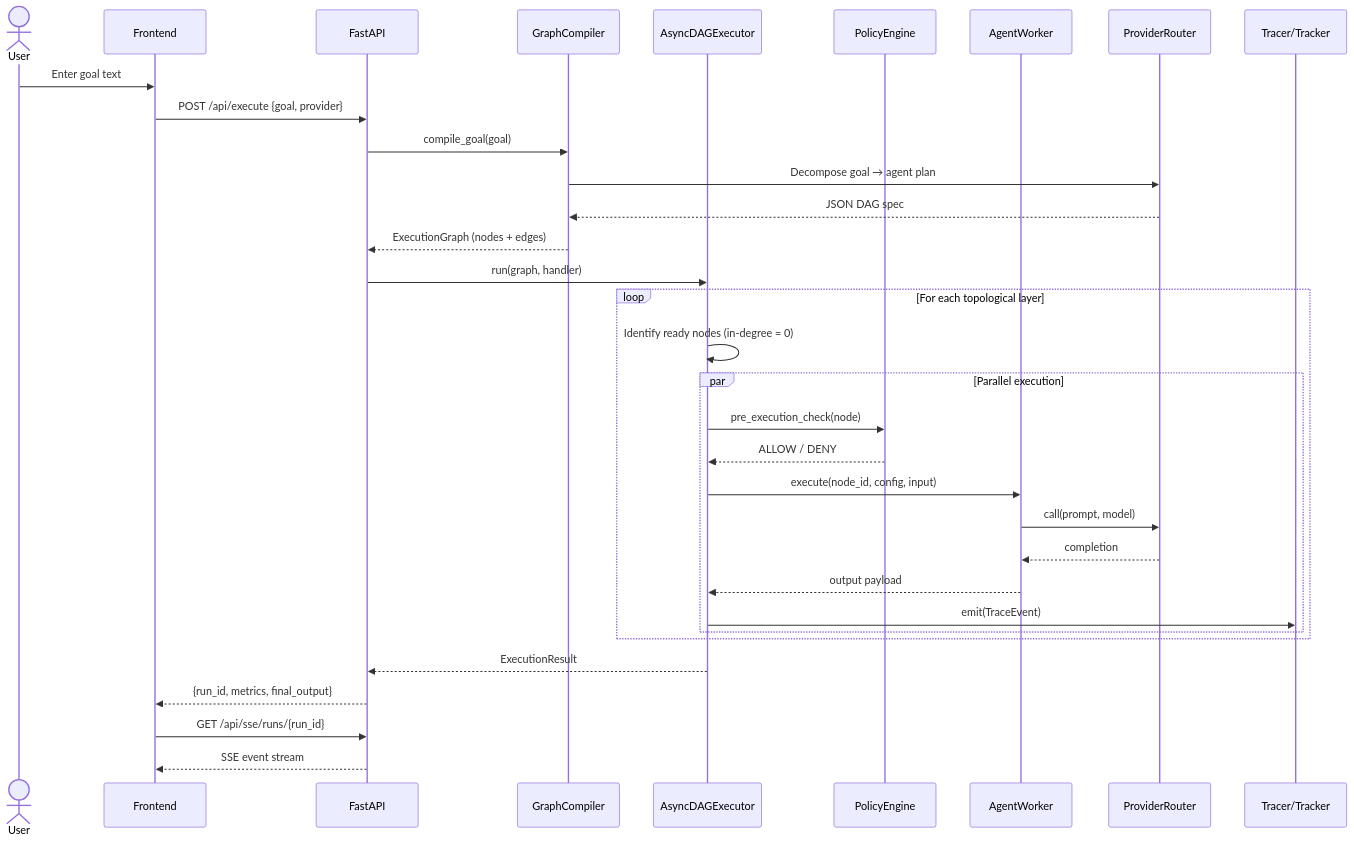
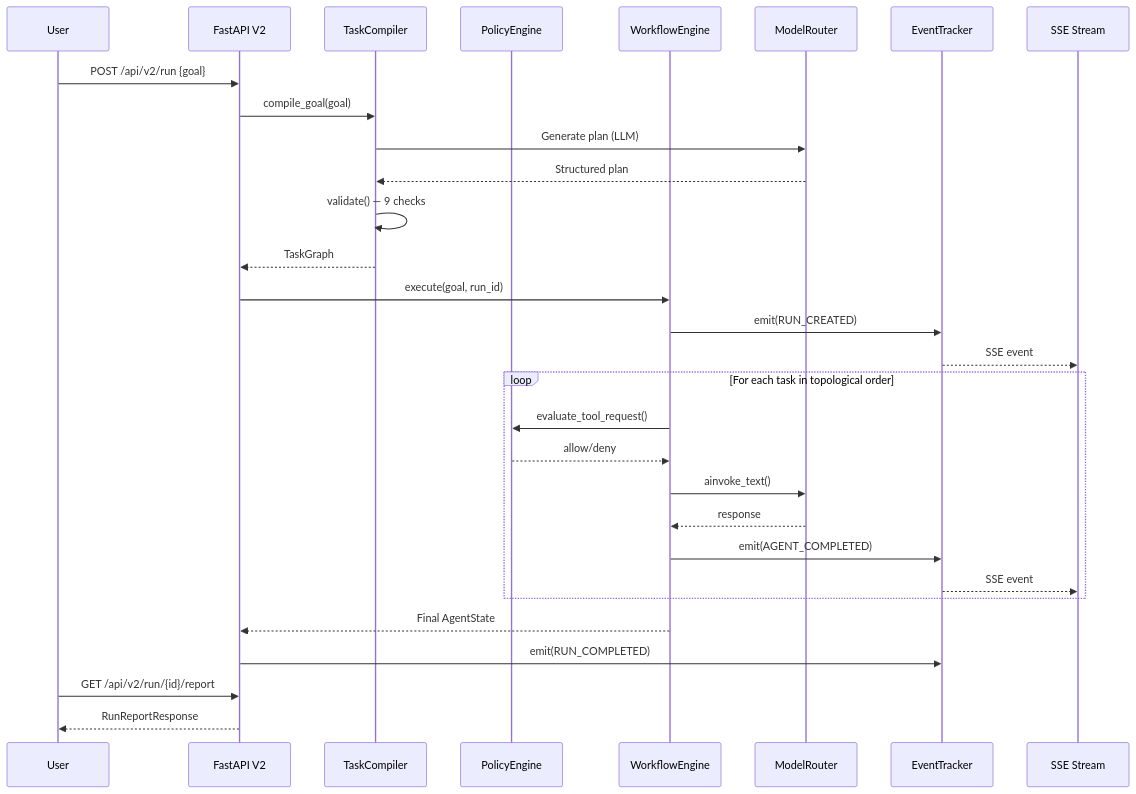
The second of 2 diagrams in docs/ARCHITECTURE.md (Zinat-Khan/CodeRush2.0-AllBlueInnovation), drawn with Mermaid before and after one commit. The commit also changed other lines of this file and 4 other files, not shown here.

Commit message:
refactor:architecture modification

````diff
--- a/docs/ARCHITECTURE.md
+++ b/docs/ARCHITECTURE.md
@@ -156,39 +140,35 @@
 ```mermaid
 sequenceDiagram
-    actor User
-    participant FE as Frontend
-    participant API as FastAPI
-    participant Compiler as GraphCompiler
-    participant Engine as AsyncDAGExecutor
-    participant Safety as PolicyEngine
-    participant Worker as AgentWorker
-    participant LLM as ProviderRouter
-    participant Obs as Tracer/Tracker
+    participant U as User
+    participant API as FastAPI V2
+    participant TC as TaskCompiler
+    participant PE as PolicyEngine
+    participant WE as WorkflowEngine
+    participant MR as ModelRouter
+    participant ET as EventTracker
+    participant SSE as SSE Stream
 
-    User->>FE: Enter goal text
-    FE->>API: POST /api/execute {goal, provider}
-    API->>Compiler: compile_goal(goal)
-    Compiler->>LLM: Decompose goal → agent plan
-    LLM-->>Compiler: JSON DAG spec
-    Compiler-->>API: ExecutionGraph (nodes + edges)
+    U->>API: POST /api/v2/run {goal}
+    API->>TC: compile_goal(goal)
+    TC->>MR: Generate plan (LLM)
+    MR-->>TC: Structured plan
+    TC->>TC: validate() — 9 checks
+    TC-->>API: TaskGraph
+    API->>WE: execute(goal, run_id)
+    WE->>ET: emit(RUN_CREATED)
+    ET-->>SSE: SSE event
 
-    API->>Engine: run(graph, handler)
-    
-    loop For each topological layer
-        Engine->>Engine: Identify ready nodes (in-degree = 0)
-        par Parallel execution
-            Engine->>Safety: pre_execution_check(node)
-            Safety-->>Engine: ALLOW / DENY
-            Engine->>Worker: execute(node_id, config, input)
-            Worker->>LLM: call(prompt, model)
-            LLM-->>Worker: completion
-            Worker-->>Engine: output payload
-            Engine->>Obs: emit(TraceEvent)
-        end
+    loop For each task in topological order
+        WE->>PE: evaluate_tool_request()
+        PE-->>WE: allow/deny
+        WE->>MR: ainvoke_text()
+        MR-->>WE: response
+        WE->>ET: emit(AGENT_COMPLETED)
+        ET-->>SSE: SSE event
     end
 
-    Engine-->>API: ExecutionResult
-    API-->>FE: {run_id, metrics, final_output}
-    FE->>API: GET /api/sse/runs/{run_id}
-    API-->>FE: SSE event stream
+    WE-->>API: Final AgentState
+    API->>ET: emit(RUN_COMPLETED)
+    U->>API: GET /api/v2/run/{id}/report
+    API-->>U: RunReportResponse
 ```
````
